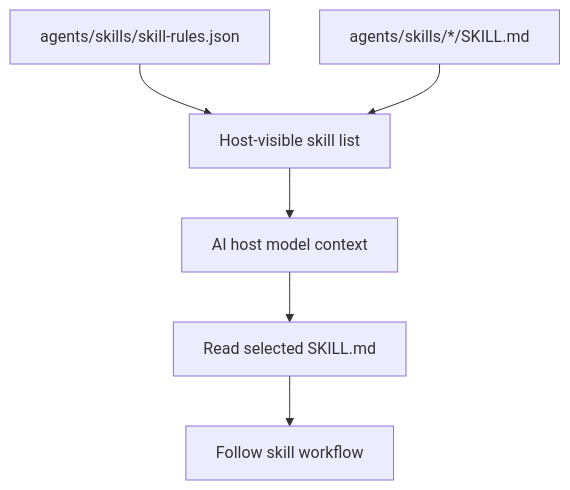
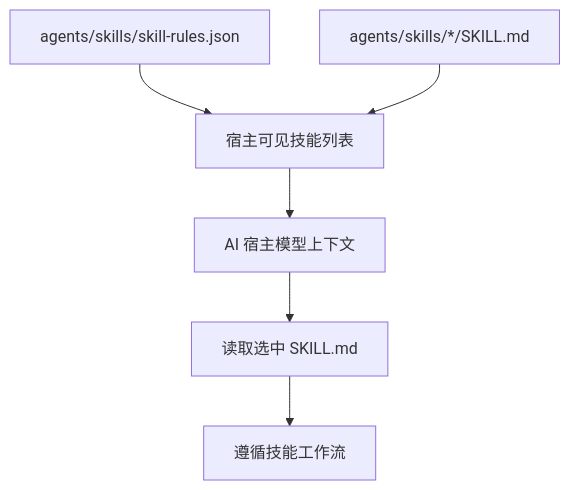
One commit to hxld/ai-workflow-control-kit changed the third of 8 diagrams in docs/ARCHITECTURE.md. Above: the diagram before and after it, drawn with Mermaid. The commit also changed other lines of this file and 2 other files, not shown here.

First line of the commit message:
📝 docs: add bilingual toggle (zh/en) for ARCHITECTURE.md

````diff
--- a/docs/ARCHITECTURE.md
+++ b/docs/ARCHITECTURE.md
@@ -144,8 +146,8 @@
 ```mermaid
 flowchart TD
-    SkillRules["agents/skills/skill-rules.json"] --> HostSkillList["Host-visible skill list"]
+    SkillRules["agents/skills/skill-rules.json"] --> HostSkillList["宿主可见技能列表"]
     AgentsSkills["agents/skills/*/SKILL.md"] --> HostSkillList
-    HostSkillList --> Model["AI host model context"]
-    Model --> ReadSkill["Read selected SKILL.md"]
-    ReadSkill --> ExecuteWorkflow["Follow skill workflow"]
+    HostSkillList --> Model["AI 宿主模型上下文"]
+    Model --> ReadSkill["读取选中 SKILL.md"]
+    ReadSkill --> ExecuteWorkflow["遵循技能工作流"]
 ```
````
